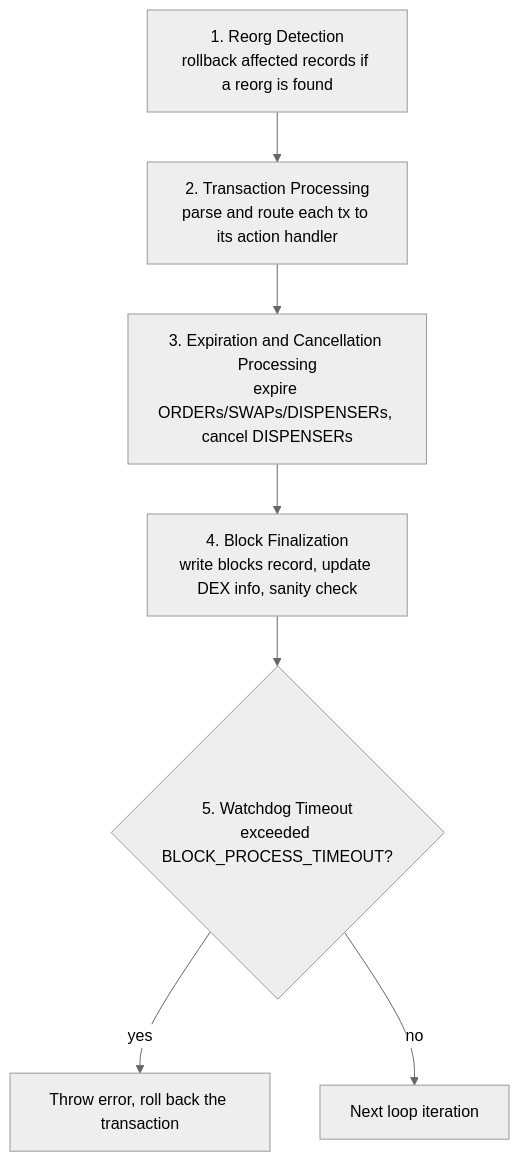
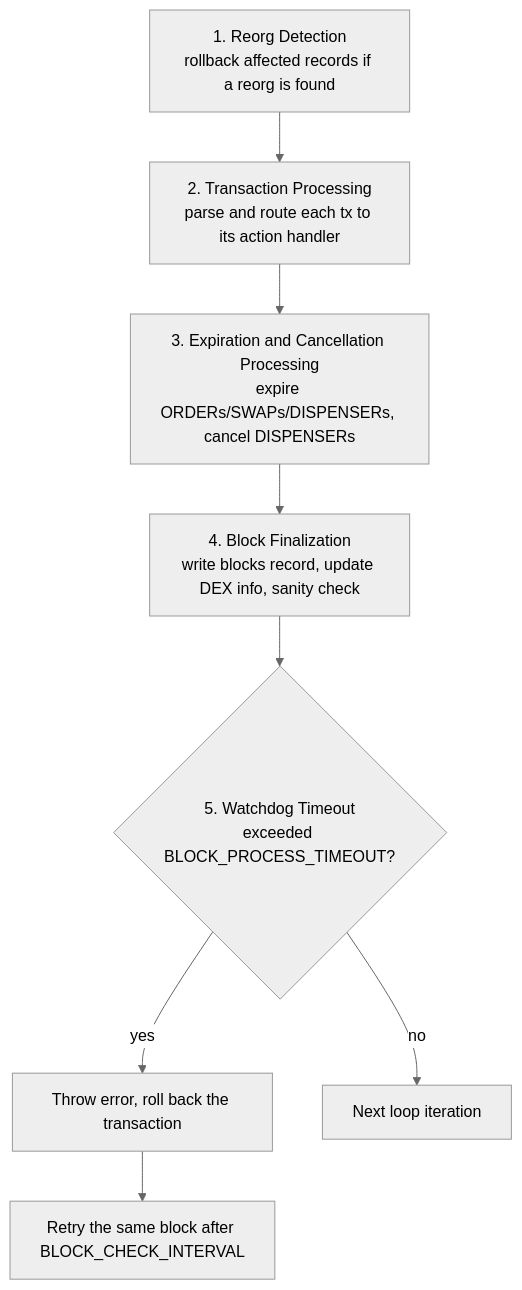
One commit to XChain-Platform/xchain-documentation changed the fourth of 4 diagrams in components/indexer/architecture.md. Above: the diagram before and after it, drawn with Mermaid (neutral theme). The commit also changed other lines of this file and 49 other files, not shown here.

````diff
--- a/components/indexer/architecture.md
+++ b/components/indexer/architecture.md
@@ -241,14 +241,16 @@
 ```mermaid
 flowchart TD
     P1["1. Reorg Detection<br>rollback affected records if a reorg is found"]
     P2["2. Transaction Processing<br>parse and route each tx to its action handler"]
     P3["3. Expiration and Cancellation Processing<br>expire ORDERs/SWAPs/DISPENSERs, cancel DISPENSERs"]
     P4["4. Block Finalization<br>write blocks record, update DEX info, sanity check"]
     WD{"5. Watchdog Timeout<br>exceeded BLOCK_PROCESS_TIMEOUT?"}
     ERR["Throw error, roll back the transaction"]
+    RETRY["Retry the same block after BLOCK_CHECK_INTERVAL"]
     NEXT["Next loop iteration"]
 
     P1 --> P2 --> P3 --> P4 --> WD
     WD -->|yes| ERR
+    ERR --> RETRY
     WD -->|no| NEXT
 ```
````
